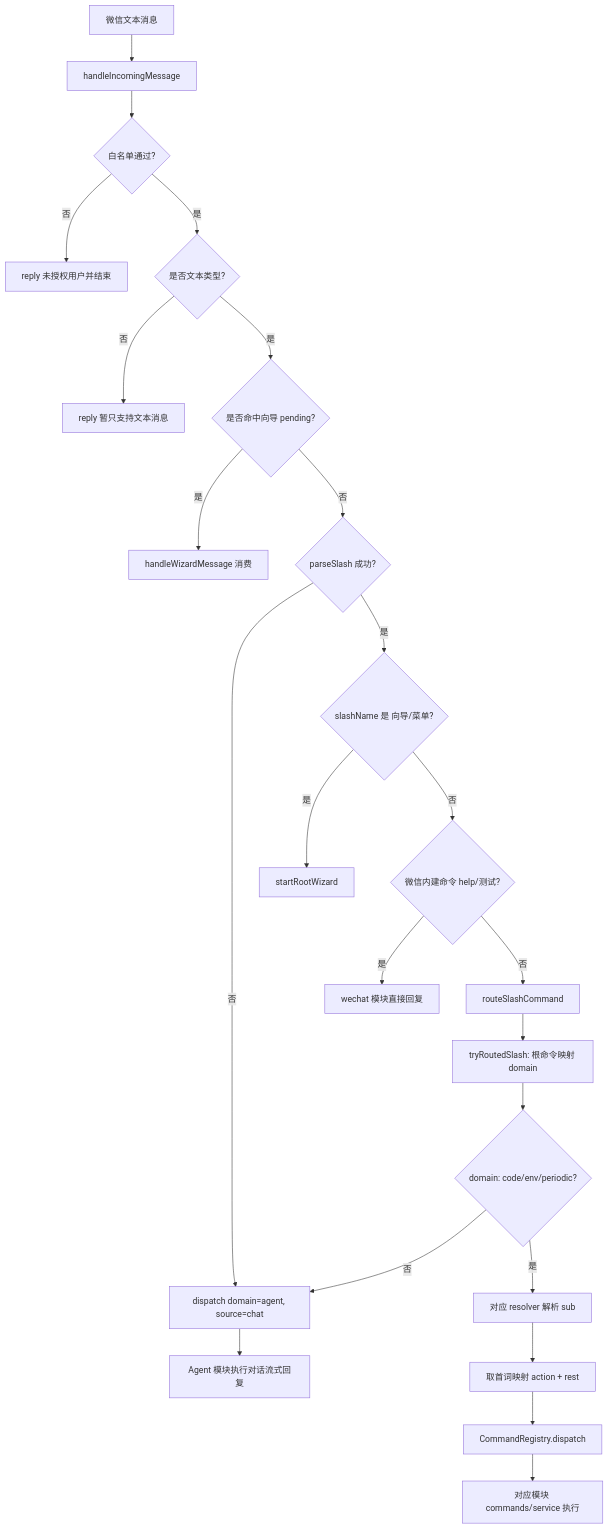
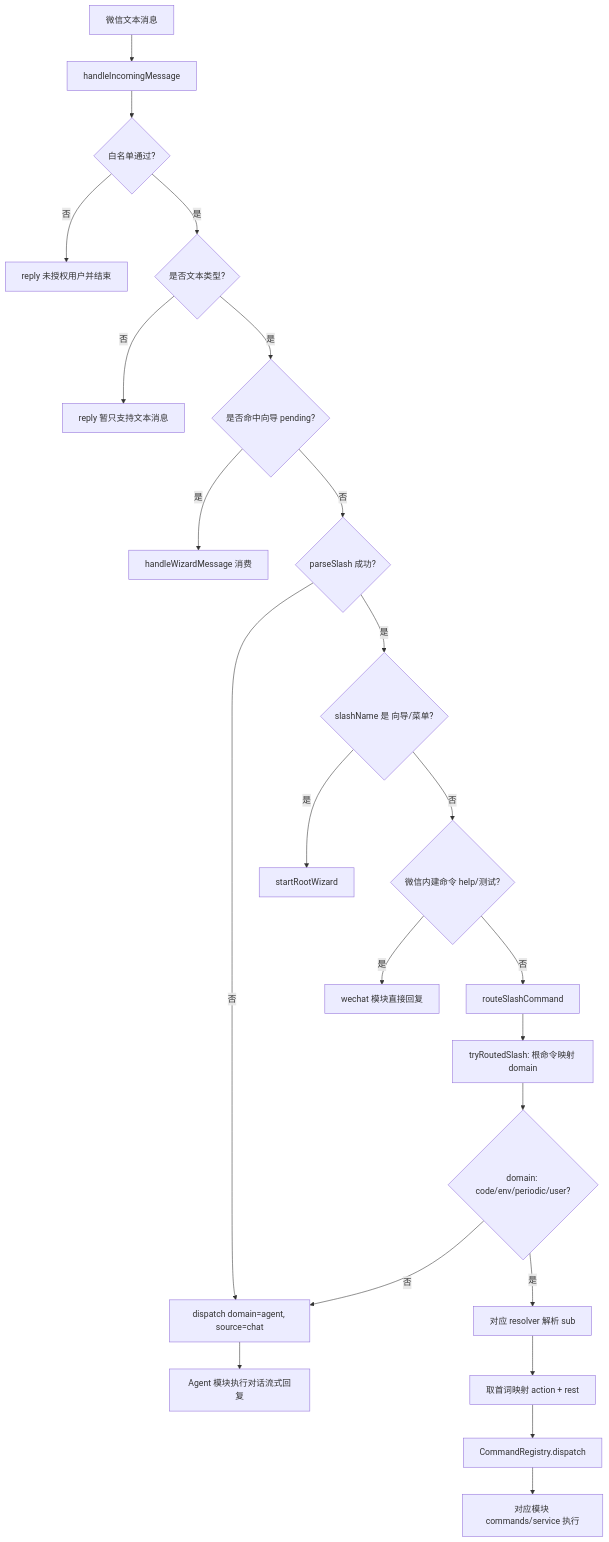
The first of 2 diagrams in README.md (hudie486/agent_weixin), drawn with Mermaid before and after one commit. The commit also changed other lines of this file and 89 other files, not shown here.

First line of the commit message:
refactor: migrate periodic to Node, add user admin and multi-bot

````diff
--- a/README.md
+++ b/README.md
@@ -65,25 +62,25 @@
 ```mermaid
 flowchart TD
   A[微信文本消息] --> B[handleIncomingMessage]
   B --> C{白名单通过?}
   C -- 否 --> C1[reply 未授权用户并结束]
   C -- 是 --> D{是否文本类型?}
   D -- 否 --> D1[reply 暂只支持文本消息]
   D -- 是 --> E{是否命中向导 pending?}
   E -- 是 --> E1[handleWizardMessage 消费]
   E -- 否 --> F{parseSlash 成功?}
   F -- 否 --> G[dispatch domain=agent, source=chat]
   G --> G1[Agent 模块执行对话流式回复]
   F -- 是 --> H{slashName 是 向导/菜单?}
   H -- 是 --> H1[startRootWizard]
   H -- 否 --> I{微信内建命令 help/测试?}
   I -- 是 --> I1[wechat 模块直接回复]
   I -- 否 --> J[routeSlashCommand]
   J --> K[tryRoutedSlash: 根命令映射 domain]
-  K --> L{domain: code/env/periodic?}
+  K --> L{domain: code/env/periodic/user?}
   L -- 否 --> G
   L -- 是 --> M[对应 resolver 解析 sub]
   M --> N[取首词映射 action + rest]
   N --> O[CommandRegistry.dispatch]
   O --> P[对应模块 commands/service 执行]
 ```
````
